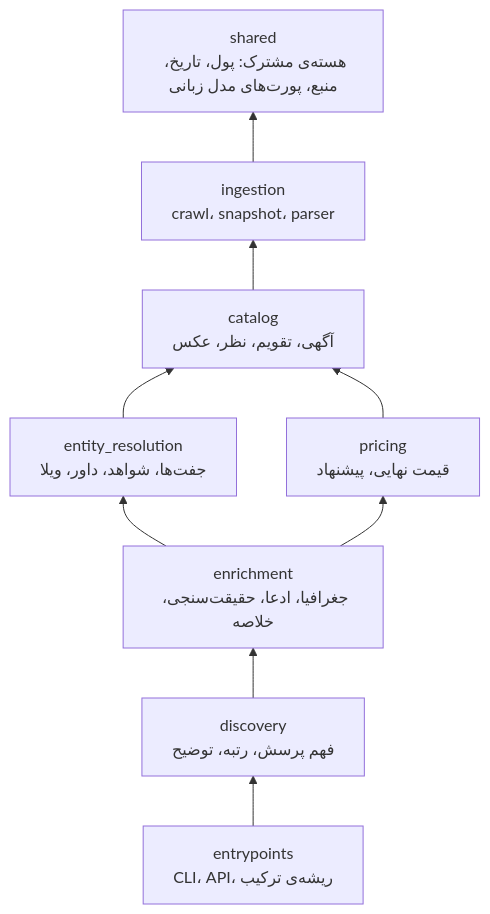
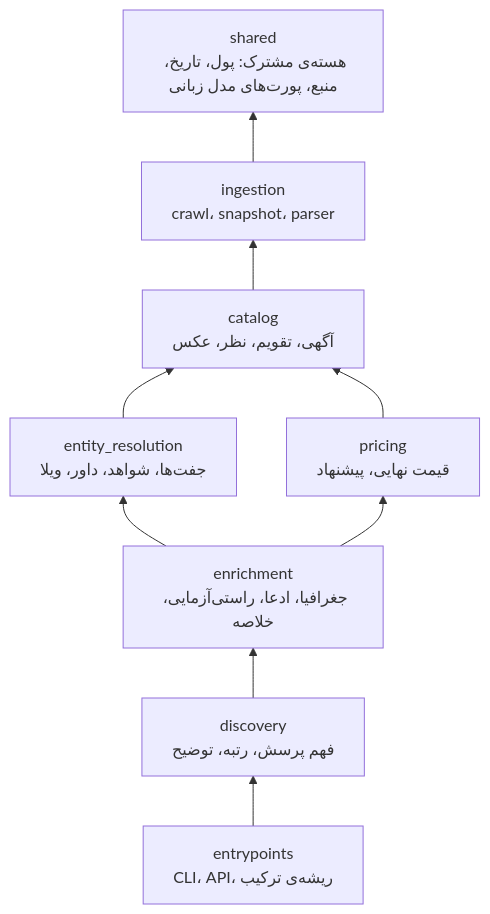
Before and after one commit to peyman886/villasanj: the diagram in frontend/diagrams/bounded-contexts.mmd, drawn with Mermaid. The commit also changed 180 other files, not shown here.

```diff
--- a/frontend/diagrams/bounded-contexts.mmd
+++ b/frontend/diagrams/bounded-contexts.mmd
@@ -1,19 +1,19 @@
 flowchart BT
   accTitle: bounded contextها و جهت وابستگی
   accDescr: shared پایه است؛ ingestion به آن، catalog به ingestion، entity_resolution و pricing به catalog، enrichment به هر دو، discovery به enrichment و entrypoints به همه وابسته است. import-linter این جهت را اجبار می‌کند.
   shared["shared<br/>هسته‌ی مشترک: پول، تاریخ، منبع، پورت‌های مدل زبانی"]
   ingestion["ingestion<br/>crawl، snapshot، parser"]
   catalog["catalog<br/>آگهی، تقویم، نظر، عکس"]
   er["entity_resolution<br/>جفت‌ها، شواهد، داور، ویلا"]
   pricing["pricing<br/>قیمت نهایی، پیشنهاد"]
-  enrichment["enrichment<br/>جغرافیا، ادعا، حقیقت‌سنجی، خلاصه"]
+  enrichment["enrichment<br/>جغرافیا، ادعا، راستی‌آزمایی، خلاصه"]
   discovery["discovery<br/>فهم پرسش، رتبه، توضیح"]
   entry["entrypoints<br/>CLI، API، ریشه‌ی ترکیب"]:::decision
   ingestion --> shared
   catalog --> ingestion
   er --> catalog
   pricing --> catalog
   enrichment --> er
   enrichment --> pricing
   discovery --> enrichment
   entry --> discovery
```
